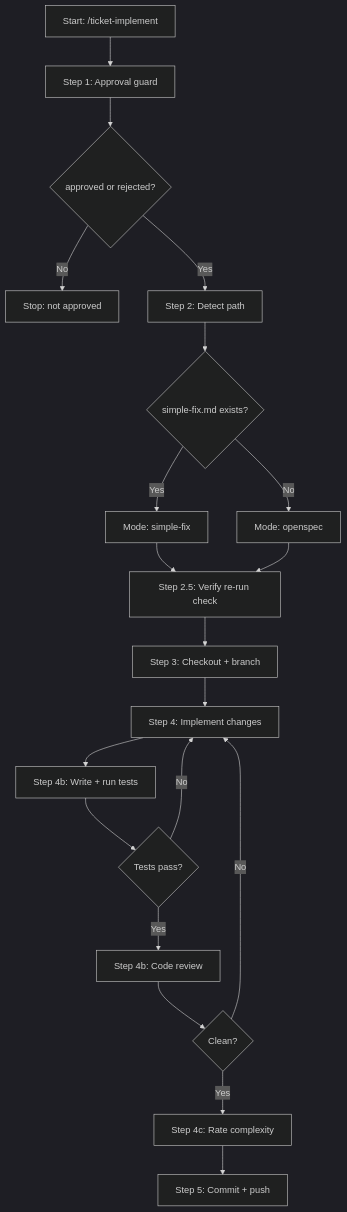
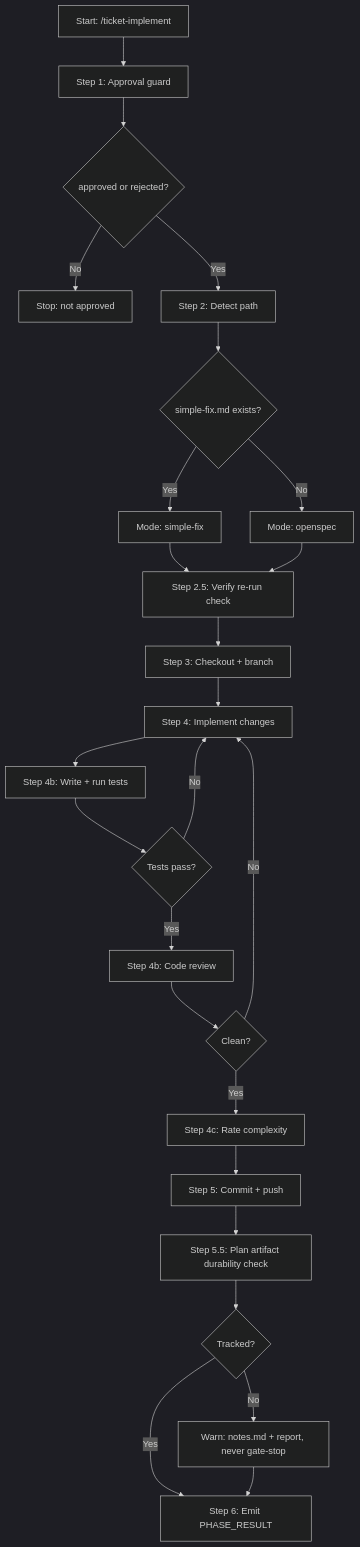
The diagram in ticket-auto-pipeline/docs/skills/ticket-implement.md (rogueprocess13/claude-plugins), drawn with Mermaid (dark theme) before and after one commit. The commit also changed other lines of this file and 11 other files, not shown here.

````diff
--- a/ticket-auto-pipeline/docs/skills/ticket-implement.md
+++ b/ticket-auto-pipeline/docs/skills/ticket-implement.md
@@ -43,22 +46,27 @@
 ```mermaid
 flowchart TD
     A[Start: /ticket-implement] --> B[Step 1: Approval guard]
     B --> C{approved or rejected?}
     C -->|No| STOP1[Stop: not approved]
     C -->|Yes| D[Step 2: Detect path]
     D --> E{simple-fix.md exists?}
     E -->|Yes| F[Mode: simple-fix]
     E -->|No| G[Mode: openspec]
     F --> H[Step 2.5: Verify re-run check]
     G --> H
     H --> I[Step 3: Checkout + branch]
     I --> J[Step 4: Implement changes]
     J --> K[Step 4b: Write + run tests]
     K --> L{Tests pass?}
     L -->|No| J
     L -->|Yes| M[Step 4b: Code review]
     M --> N{Clean?}
     N -->|No| J
     N -->|Yes| O[Step 4c: Rate complexity]
     O --> P[Step 5: Commit + push]
+    P --> Q[Step 5.5: Plan artifact durability check]
+    Q --> R{Tracked?}
+    R -->|No| S[Warn: notes.md + report, never gate-stop]
+    R -->|Yes| T[Step 6: Emit PHASE_RESULT]
+    S --> T
 ```
````
